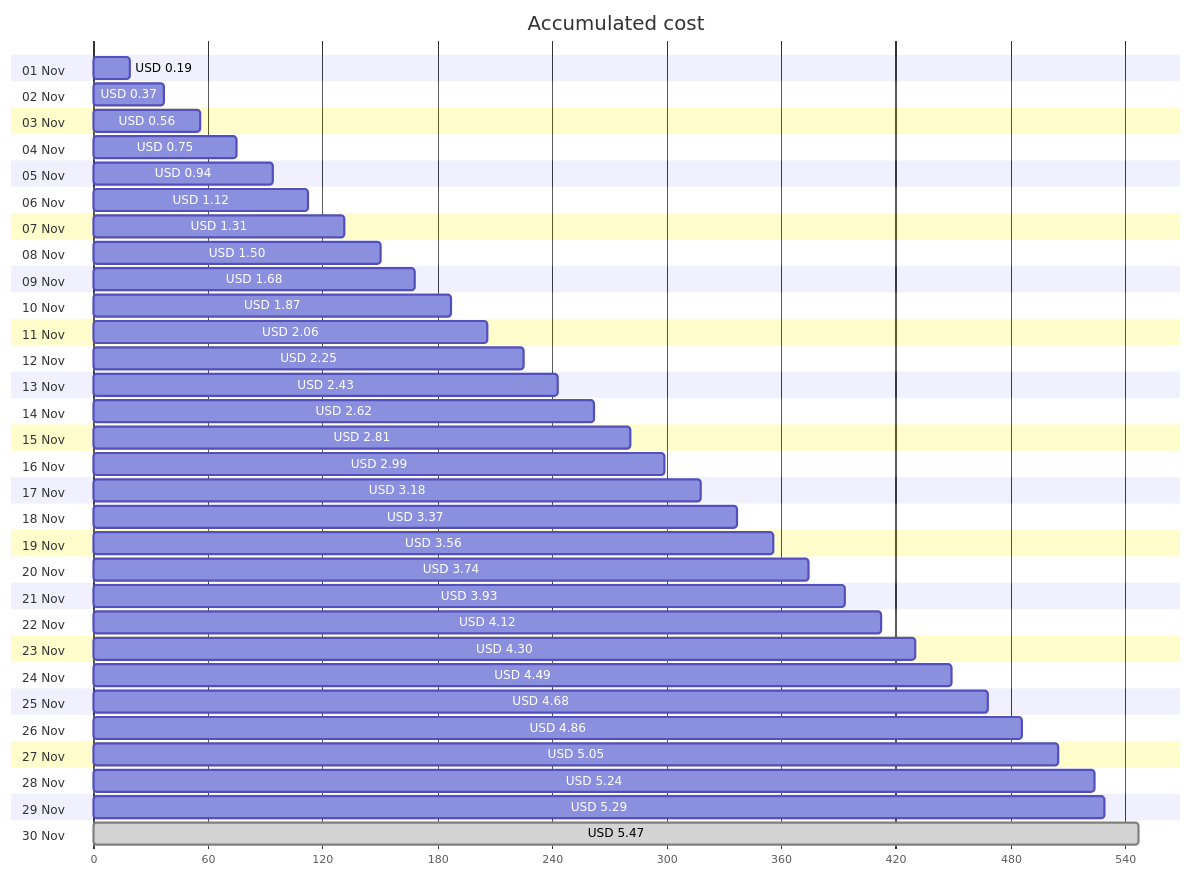
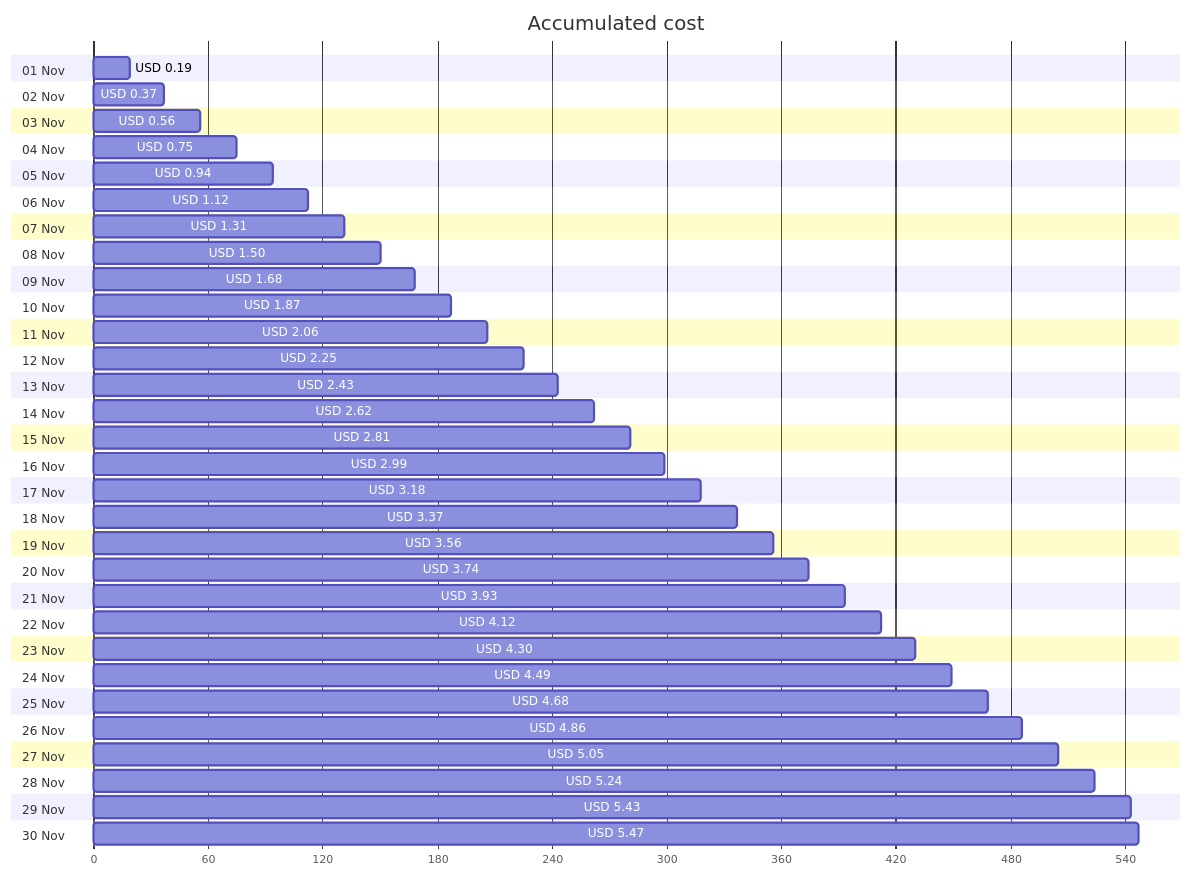
One commit to jpfulton/azure-personal-reports changed the first of 4 diagrams in cost-reports/personal-network/backup-server.md. Above: the diagram before and after it, drawn with Mermaid. The commit also changed other lines of this file and 8 other files, not shown here.

````diff
--- a/cost-reports/personal-network/backup-server.md
+++ b/cost-reports/personal-network/backup-server.md
@@ -20,66 +20,66 @@
 ```mermaid
 gantt
    title Accumulated cost
    dateFormat  X
    axisFormat %s
    section 01 Nov
    USD 0.19 :0, 19
    section 02 Nov
    USD 0.37 :0, 37
    section 03 Nov
    USD 0.56 :0, 56
    section 04 Nov
    USD 0.75 :0, 75
    section 05 Nov
    USD 0.94 :0, 94
    section 06 Nov
    USD 1.12 :0, 112
    section 07 Nov
    USD 1.31 :0, 131
    section 08 Nov
    USD 1.50 :0, 150
    section 09 Nov
    USD 1.68 :0, 168
    section 10 Nov
    USD 1.87 :0, 187
    section 11 Nov
    USD 2.06 :0, 206
    section 12 Nov
    USD 2.25 :0, 225
    section 13 Nov
    USD 2.43 :0, 243
    section 14 Nov
    USD 2.62 :0, 262
    section 15 Nov
    USD 2.81 :0, 281
    section 16 Nov
    USD 2.99 :0, 299
    section 17 Nov
    USD 3.18 :0, 318
    section 18 Nov
    USD 3.37 :0, 337
    section 19 Nov
    USD 3.56 :0, 356
    section 20 Nov
    USD 3.74 :0, 374
    section 21 Nov
    USD 3.93 :0, 393
    section 22 Nov
    USD 4.12 :0, 412
    section 23 Nov
    USD 4.30 :0, 430
    section 24 Nov
    USD 4.49 :0, 449
    section 25 Nov
    USD 4.68 :0, 468
    section 26 Nov
    USD 4.86 :0, 486
    section 27 Nov
    USD 5.05 :0, 505
    section 28 Nov
    USD 5.24 :0, 524
    section 29 Nov
-   USD 5.29 :0, 529
+   USD 5.43 :0, 543
    section 30 Nov
-   USD 5.47 : done, 0, 547
+   USD 5.47 :0, 547
 ```
````
